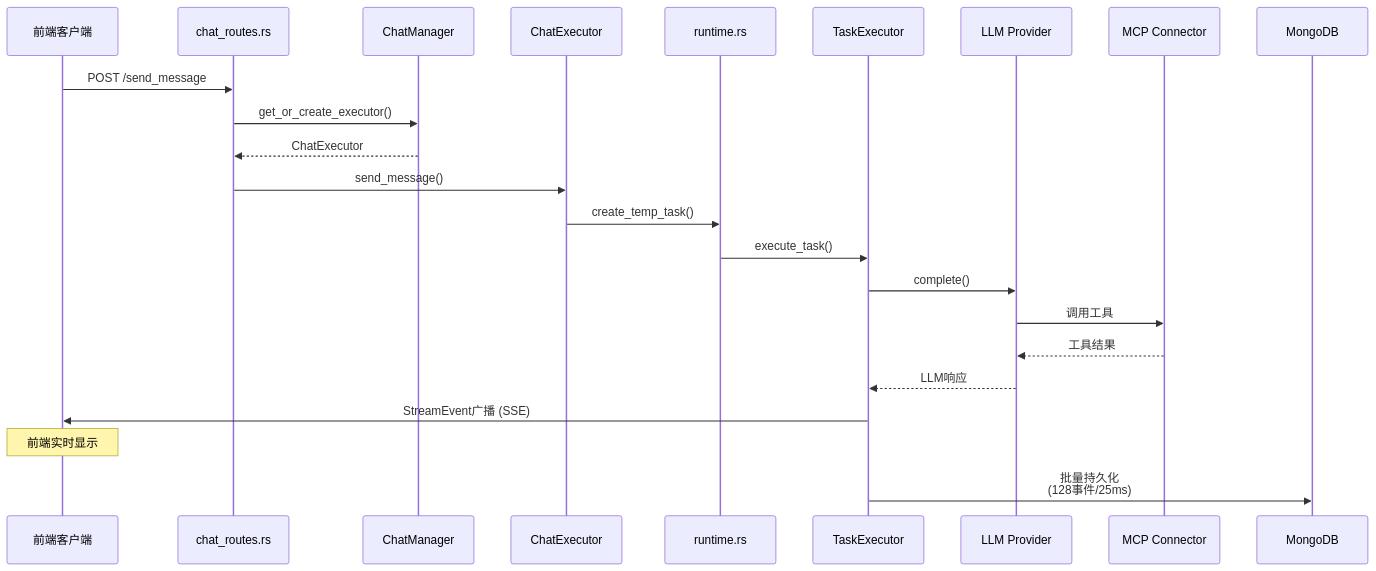
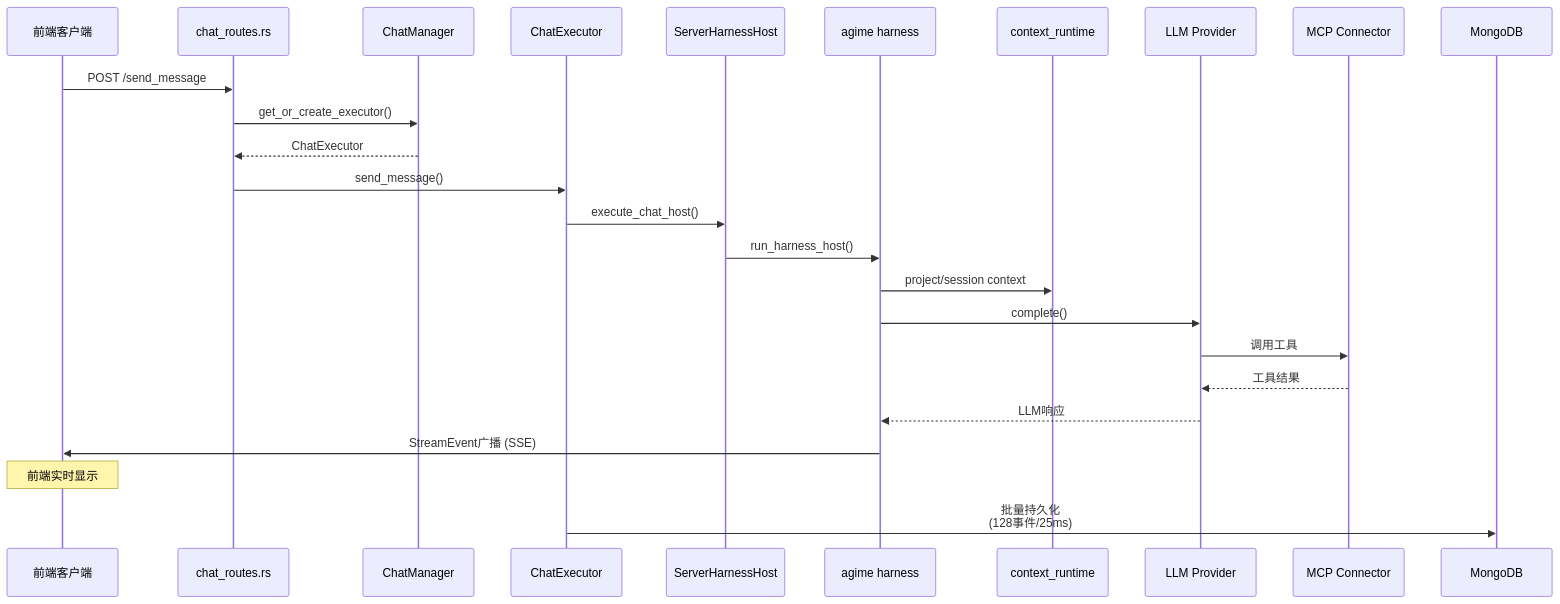
Before and after one commit to jsjm1986/AGIME: the third of 8 diagrams in docs/ARCHITECTURE.md, drawn with Mermaid. The commit also changed other lines of this file and 1 other file, not shown here.

Commit message:
Clarify Harness V4 execution docs

````diff
--- a/docs/ARCHITECTURE.md
+++ b/docs/ARCHITECTURE.md
@@ -279,26 +279,28 @@
 ```mermaid
 sequenceDiagram
     participant Client as 前端客户端
     participant Routes as chat_routes.rs
     participant Manager as ChatManager
     participant Executor as ChatExecutor
-    participant Runtime as runtime.rs
-    participant Task as TaskExecutor
+    participant Host as ServerHarnessHost
+    participant Harness as agime harness
+    participant Context as context_runtime
     participant Provider as LLM Provider
     participant MCP as MCP Connector
     participant DB as MongoDB
 
     Client->>Routes: POST /send_message
     Routes->>Manager: get_or_create_executor()
     Manager-->>Routes: ChatExecutor
     Routes->>Executor: send_message()
-    Executor->>Runtime: create_temp_task()
-    Runtime->>Task: execute_task()
-    Task->>Provider: complete()
+    Executor->>Host: execute_chat_host()
+    Host->>Harness: run_harness_host()
+    Harness->>Context: project/session context
+    Harness->>Provider: complete()
     Provider->>MCP: 调用工具
     MCP-->>Provider: 工具结果
-    Provider-->>Task: LLM响应
-    Task->>Client: StreamEvent广播 (SSE)
+    Provider-->>Harness: LLM响应
+    Harness->>Client: StreamEvent广播 (SSE)
     Note over Client: 前端实时显示
-    Task->>DB: 批量持久化<br/>(128事件/25ms)
+    Executor->>DB: 批量持久化<br/>(128事件/25ms)
 ```
````
